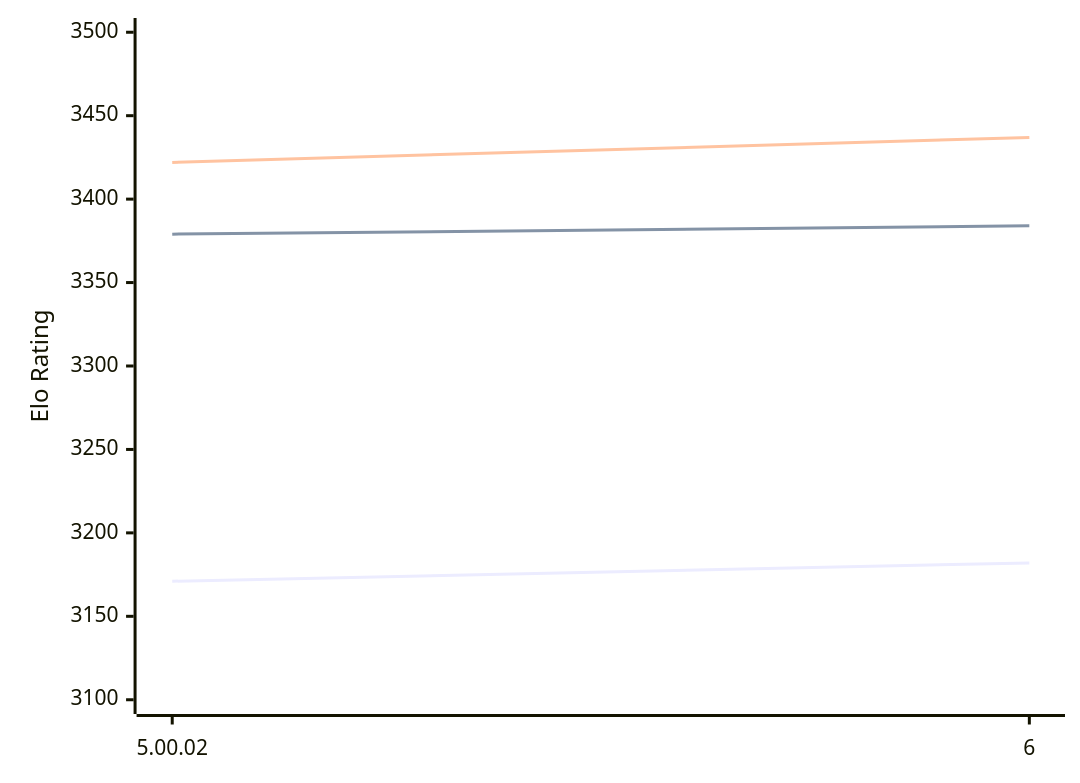
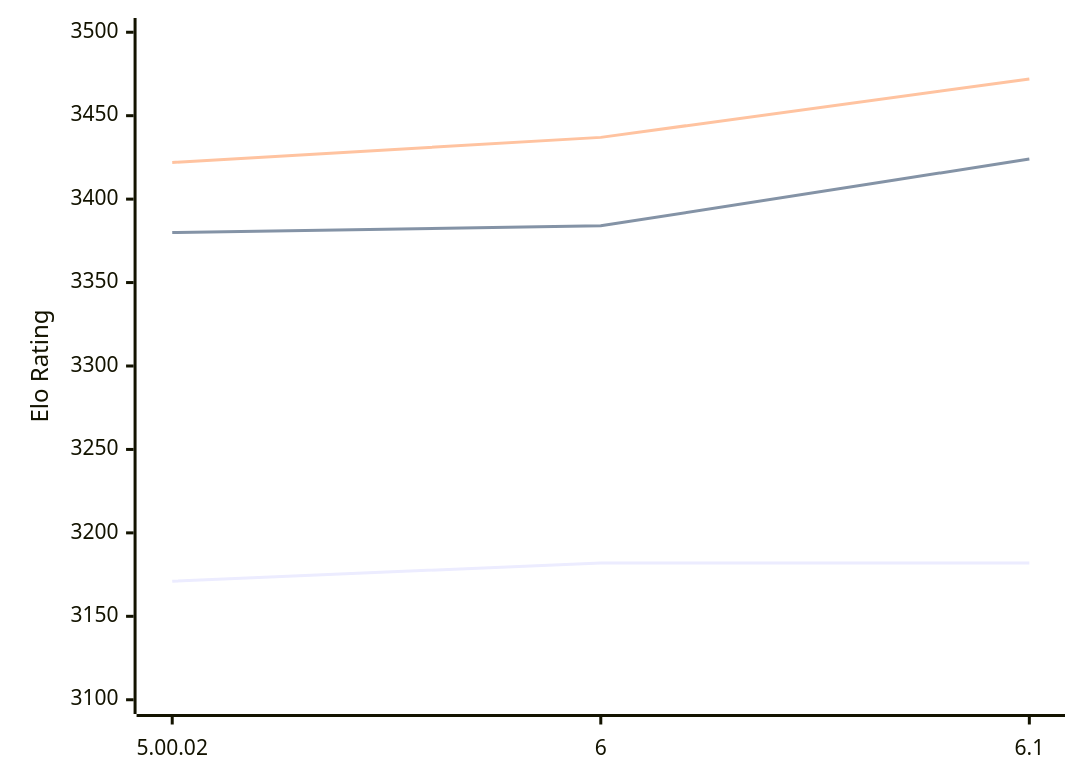
Before and after one commit to computer-chess-index/cci: the diagram in engines/Zangdar.md, drawn with Mermaid. The commit also changed other lines of this file, not shown here.

Commit message:
Update CCI Ratings (ELO VLTC) - 2026-02-11

````diff
--- a/engines/Zangdar.md
+++ b/engines/Zangdar.md
@@ -42,9 +42,9 @@
 ```mermaid
 %%{init: {"theme":"base","themeVariables":{"seriesColors:['#a3a3a3','#222221','#faa371']}}}%%
 xychart-beta
-  x-axis ["5.00.02", "6"]
+  x-axis ["5.00.02", "6", "6.1"]
   y-axis "Elo Rating" 3100 --> 3500
-  line "STC (8.0+0.08s)" [3171, 3182]
-  line "LTC (60.0+0.60s)" [3379, 3384]
-  line "VLTC (2m24s+1.12s)" [3422, 3437]
+  line "STC (8.0+0.08s)" [3171, 3182, 3182]
+  line "LTC (60.0+0.60s)" [3380, 3384, 3424]
+  line "VLTC (2m24s+1.12s)" [3422, 3437, 3472]
 ```
````
